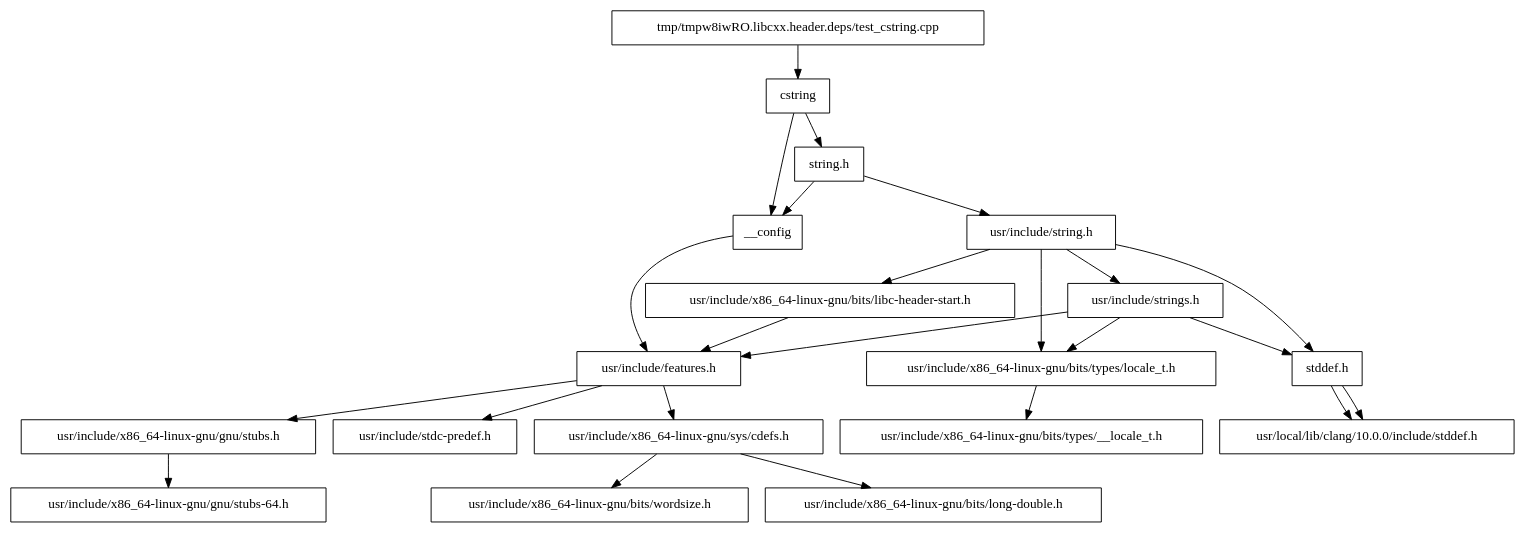
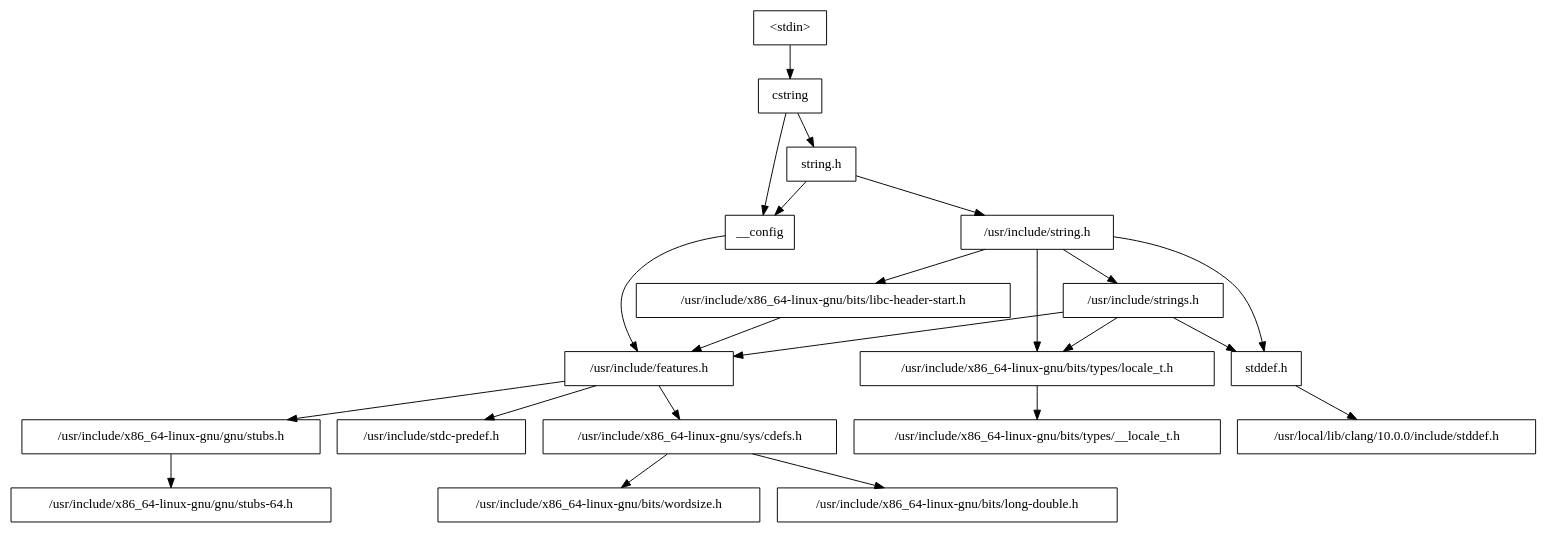
Before and after one commit to efcs/libcxx: the diagram in header_deps/cstring.dot, drawn with Graphviz. The commit also changed 222 other files, not shown here.

```diff
--- a/header_deps/cstring.dot
+++ b/header_deps/cstring.dot
@@ -1,43 +1,42 @@
 digraph "dependencies" {
-  header_1 [ shape="box", label="cstring"];
-  header_0 [ shape="box", label="tmp/tmpw8iwRO.libcxx.header.deps/test_cstring.cpp"];
-  header_2 [ shape="box", label="__config"];
-  header_3 [ shape="box", label="usr/include/features.h"];
-  header_4 [ shape="box", label="usr/include/stdc-predef.h"];
-  header_5 [ shape="box", label="usr/include/x86_64-linux-gnu/sys/cdefs.h"];
-  header_6 [ shape="box", label="usr/include/x86_64-linux-gnu/bits/wordsize.h"];
-  header_7 [ shape="box", label="usr/include/x86_64-linux-gnu/bits/long-double.h"];
-  header_8 [ shape="box", label="usr/include/x86_64-linux-gnu/gnu/stubs.h"];
-  header_9 [ shape="box", label="usr/include/x86_64-linux-gnu/gnu/stubs-64.h"];
-  header_11 [ shape="box", label="string.h"];
-  header_12 [ shape="box", label="usr/include/string.h"];
-  header_13 [ shape="box", label="usr/include/x86_64-linux-gnu/bits/libc-header-start.h"];
-  header_14 [ shape="box", label="stddef.h"];
-  header_15 [ shape="box", label="usr/local/lib/clang/10.0.0/include/stddef.h"];
-  header_16 [ shape="box", label="usr/include/x86_64-linux-gnu/bits/types/locale_t.h"];
-  header_17 [ shape="box", label="usr/include/x86_64-linux-gnu/bits/types/__locale_t.h"];
-  header_18 [ shape="box", label="usr/include/strings.h"];
-  header_5 -> header_6;
-  header_5 -> header_7;
+  header_0 [ shape="box", label="\<stdin\>" ];
+  header_1 [ shape="box", label="cstring" ];
+  header_11 [ shape="box", label="string.h" ];
+  header_12 [ shape="box", label="/usr/include/string.h" ];
+  header_13 [ shape="box", label="/usr/include/x86_64-linux-gnu/bits/libc-header-start.h" ];
+  header_14 [ shape="box", label="stddef.h" ];
+  header_15 [ shape="box", label="/usr/local/lib/clang/10.0.0/include/stddef.h" ];
+  header_16 [ shape="box", label="/usr/include/x86_64-linux-gnu/bits/types/locale_t.h" ];
+  header_17 [ shape="box", label="/usr/include/x86_64-linux-gnu/bits/types/__locale_t.h" ];
+  header_18 [ shape="box", label="/usr/include/strings.h" ];
+  header_2 [ shape="box", label="__config" ];
+  header_3 [ shape="box", label="/usr/include/features.h" ];
+  header_4 [ shape="box", label="/usr/include/stdc-predef.h" ];
+  header_5 [ shape="box", label="/usr/include/x86_64-linux-gnu/sys/cdefs.h" ];
+  header_6 [ shape="box", label="/usr/include/x86_64-linux-gnu/bits/wordsize.h" ];
+  header_7 [ shape="box", label="/usr/include/x86_64-linux-gnu/bits/long-double.h" ];
+  header_8 [ shape="box", label="/usr/include/x86_64-linux-gnu/gnu/stubs.h" ];
+  header_9 [ shape="box", label="/usr/include/x86_64-linux-gnu/gnu/stubs-64.h" ];
+  header_14 -> header_15;
+  header_16 -> header_17;
   header_11 -> header_2;
   header_11 -> header_12;
-  header_12 -> header_13;
   header_12 -> header_14;
   header_12 -> header_16;
   header_12 -> header_18;
-  header_0 -> header_1;
-  header_14 -> header_15;
-  header_14 -> header_15;
-  header_8 -> header_9;
+  header_12 -> header_13;
   header_13 -> header_3;
-  header_16 -> header_17;
-  header_2 -> header_3;
-  header_1 -> header_2;
-  header_1 -> header_11;
-  header_18 -> header_3;
   header_18 -> header_14;
   header_18 -> header_16;
+  header_18 -> header_3;
+  header_5 -> header_6;
+  header_5 -> header_7;
+  header_2 -> header_3;
   header_3 -> header_4;
   header_3 -> header_5;
   header_3 -> header_8;
+  header_0 -> header_1;
+  header_1 -> header_2;
+  header_1 -> header_11;
+  header_8 -> header_9;
 }
```
